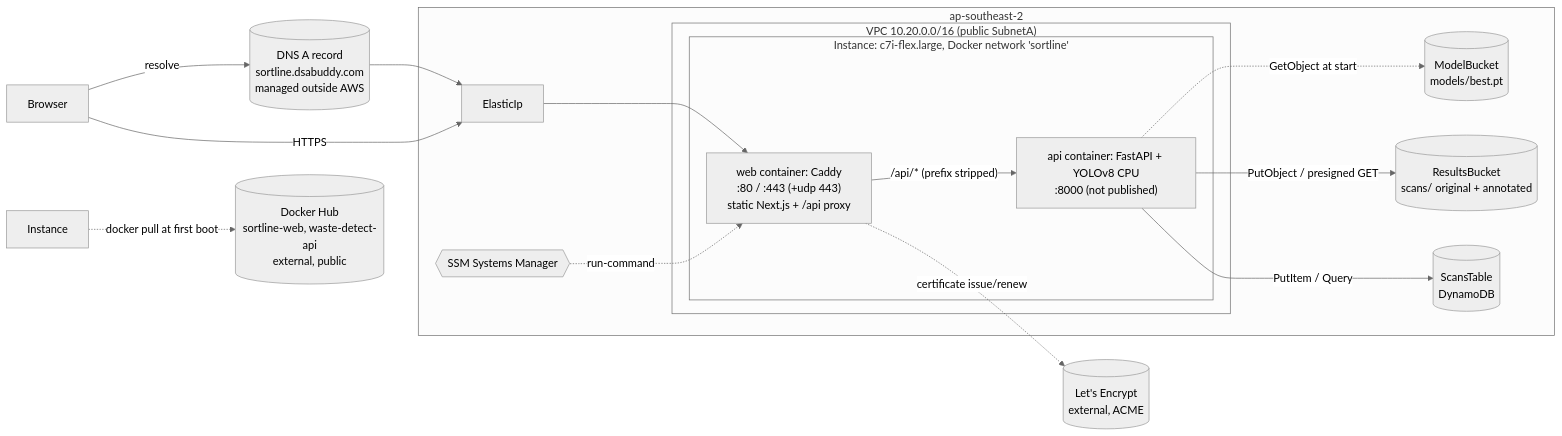
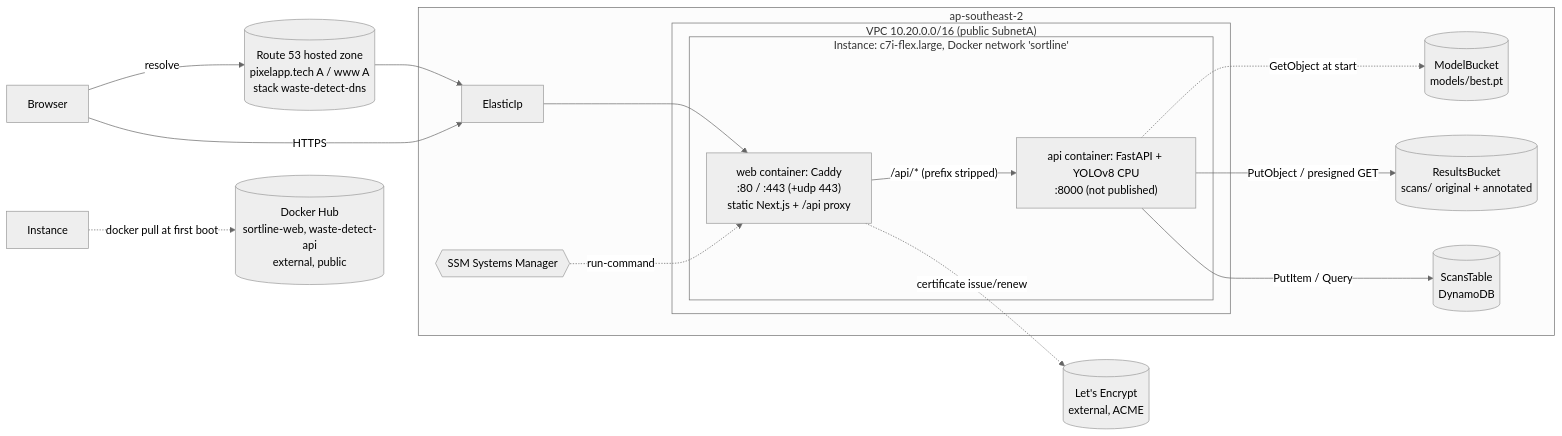
The diagram in AWS.md (Tanmay0215/awshack), drawn with Mermaid (neutral theme) before and after one commit. The commit also changed other lines of this file and 17 other files, not shown here.

````diff
--- a/AWS.md
+++ b/AWS.md
@@ -19,32 +19,32 @@
 ```mermaid
 flowchart LR
     B[Browser]
-    DNS[(DNS A record<br/>sortline.dsabuddy.com<br/>managed outside AWS)]
+    DNS[(Route 53 hosted zone<br/>pixelapp.tech A / www A<br/>stack waste-detect-dns)]
     LE[(Let's Encrypt<br/>external, ACME)]
     DH[(Docker Hub<br/>sortline-web, waste-detect-api<br/>external, public)]
     subgraph "ap-southeast-2"
       EIP[ElasticIp]
       subgraph "VPC 10.20.0.0/16 (public SubnetA)"
         subgraph "Instance: c7i-flex.large, Docker network 'sortline'"
           WEB["web container: Caddy<br/>:80 / :443 (+udp 443)<br/>static Next.js + /api proxy"]
           API["api container: FastAPI + YOLOv8 CPU<br/>:8000 (not published)"]
         end
       end
       S3M[(ModelBucket<br/>models/best.pt)]
       S3R[(ResultsBucket<br/>scans/ original + annotated)]
       DDB[(ScansTable<br/>DynamoDB)]
       SSM{{SSM Systems Manager}}
     end
 
     B -->|resolve| DNS
     DNS --> EIP
     B -->|"HTTPS"| EIP
     EIP --> WEB
     WEB -->|"/api/* (prefix stripped)"| API
     WEB -.->|"certificate issue/renew"| LE
     API -.->|"GetObject at start"| S3M
     API -->|"PutObject / presigned GET"| S3R
     API -->|"PutItem / Query"| DDB
     Instance -.->|"docker pull at first boot"| DH
     SSM -.->|"run-command"| WEB
 ```
````
